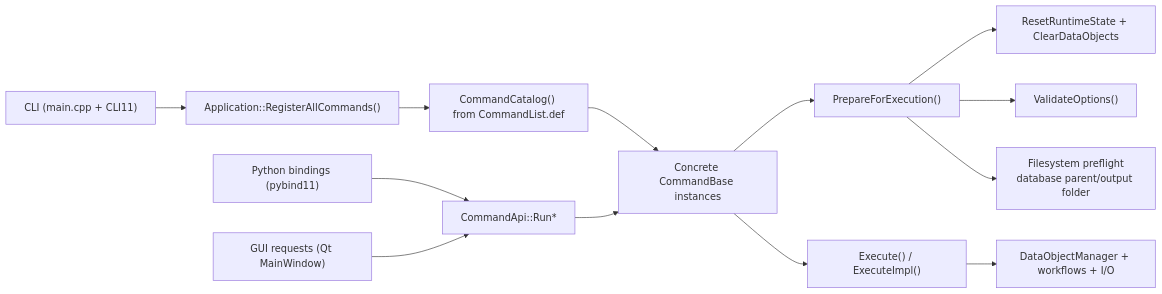
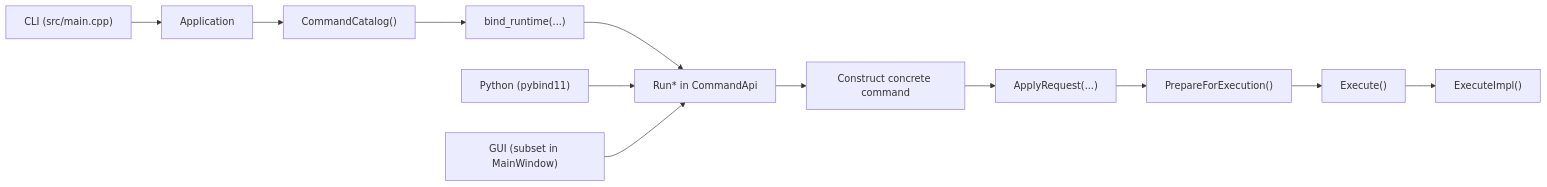
One commit to yslianTim/rhbm_gem changed the diagram in docs/developer/architecture/command-architecture.md. Above: the diagram before and after it, drawn with Mermaid. The commit also changed other lines of this file and 1 other file, not shown here.

````diff
--- a/docs/developer/architecture/command-architecture.md
+++ b/docs/developer/architecture/command-architecture.md
@@ -12,18 +53,16 @@
 ```mermaid
 flowchart LR
-    A["CLI (main.cpp + CLI11)"] --> B["Application::RegisterAllCommands()"]
-    B --> C["CommandCatalog() from CommandList.def"]
-    C --> D["Concrete CommandBase instances"]
+    A["CLI (src/main.cpp)"] --> B["Application"]
+    B --> C["CommandCatalog()"]
+    C --> D["bind_runtime(...)"]
+    D --> E["Run* in CommandApi"]
 
-    E["Python bindings (pybind11)"] --> J["CommandApi::Run*"]
-    F["GUI requests (Qt MainWindow)"] --> J
-    J --> D
+    F["Python (pybind11)"] --> E
+    G["GUI (subset in MainWindow)"] --> E
 
-    D --> G["PrepareForExecution()"]
-    G --> G1["ResetRuntimeState + ClearDataObjects"]
-    G --> G2["ValidateOptions()"]
-    G --> G3["Filesystem preflight<br/>database parent/output folder"]
-
-    D --> H["Execute() / ExecuteImpl()"]
-    H --> I["DataObjectManager + workflows + I/O"]
+    E --> H["Construct concrete command"]
+    H --> I["ApplyRequest(...)"]
+    I --> J["PrepareForExecution()"]
+    J --> K["Execute()"]
+    K --> L["ExecuteImpl()"]
 ```
````
